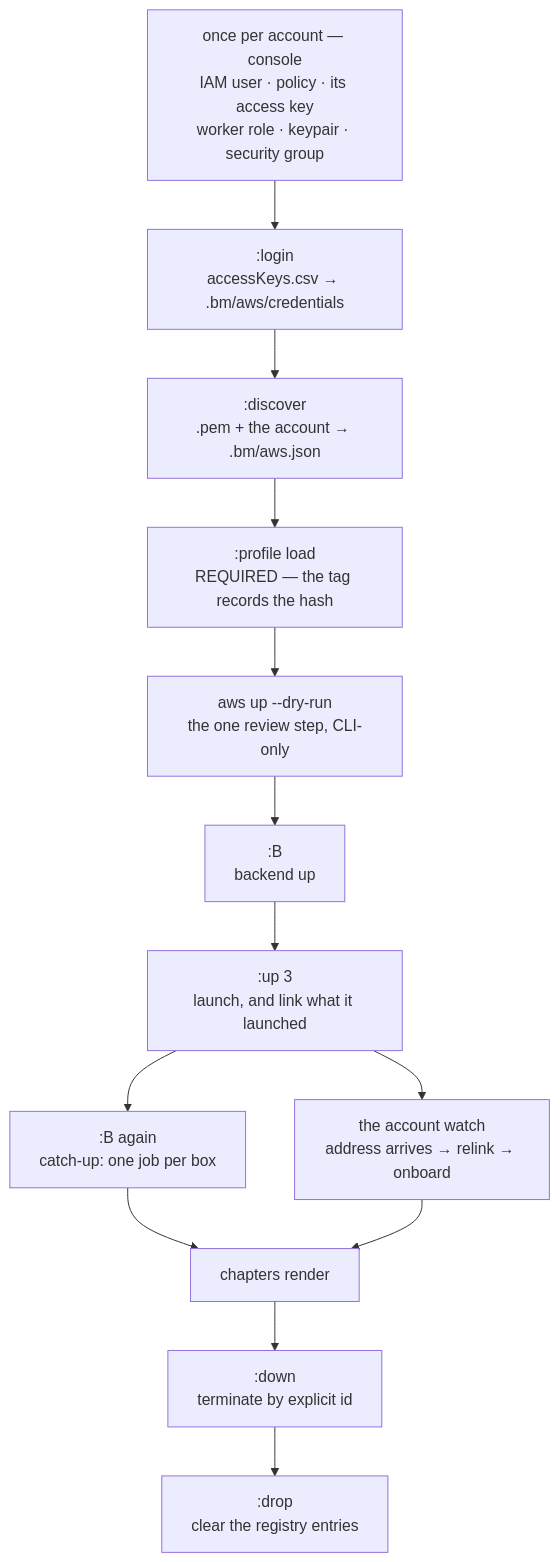
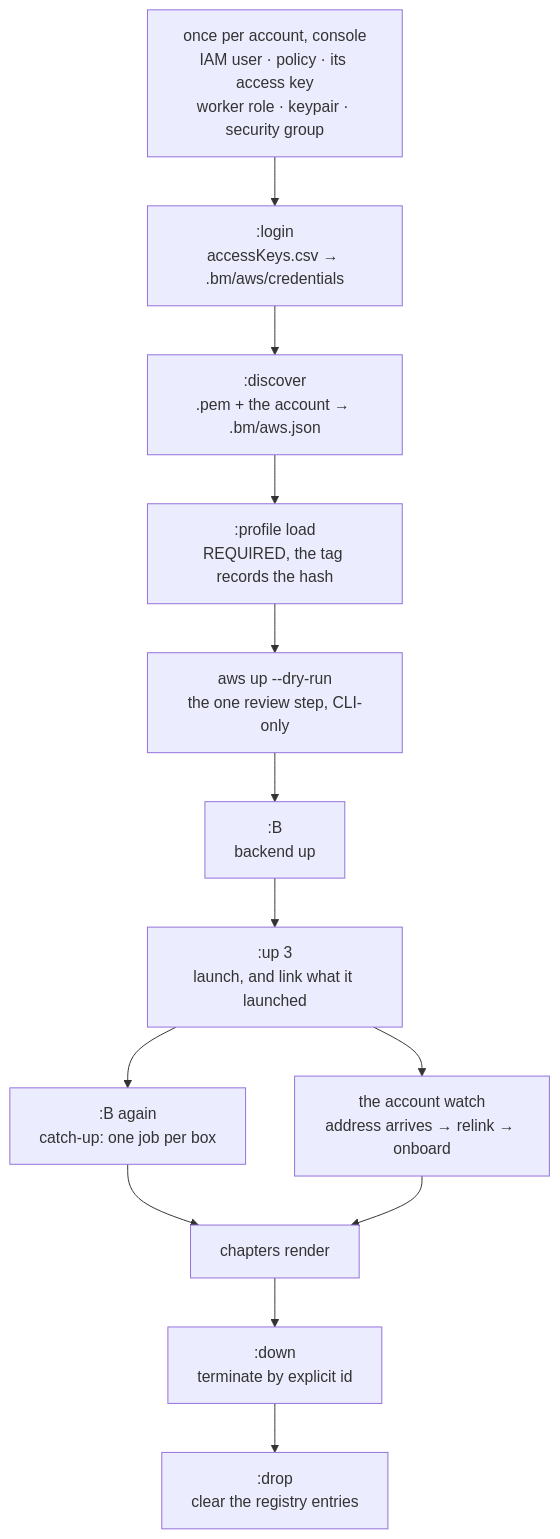
Before and after one commit to lhuthng/storycast: the diagram in docs/AWS-WORKERS.md, drawn with Mermaid. The commit also changed other lines of this file and 8 other files, not shown here.

````diff
--- a/docs/AWS-WORKERS.md
+++ b/docs/AWS-WORKERS.md
@@ -16,15 +16,15 @@
 ```mermaid
 flowchart TB
-    C["once per account — console<br/>IAM user · policy · its access key<br/>worker role · keypair · security group"] --> L[":login<br/>accessKeys.csv → .bm/aws/credentials"]
+    C["once per account, console<br/>IAM user · policy · its access key<br/>worker role · keypair · security group"] --> L[":login<br/>accessKeys.csv → .bm/aws/credentials"]
     L --> D[":discover<br/>.pem + the account → .bm/aws.json"]
-    D --> P[":profile load<br/>REQUIRED — the tag records the hash"]
+    D --> P[":profile load<br/>REQUIRED, the tag records the hash"]
     P --> DRY["aws up --dry-run<br/>the one review step, CLI-only"]
     DRY --> B1[":B<br/>backend up"]
     B1 --> UP[":up 3<br/>launch, and link what it launched"]
     UP --> WATCH["the account watch<br/>address arrives → relink → onboard"]
     UP --> B2[":B again<br/>catch-up: one job per box"]
     B2 --> RUN["chapters render"]
     WATCH --> RUN
     RUN --> DOWN[":down<br/>terminate by explicit id"]
     DOWN --> DROP[":drop<br/>clear the registry entries"]
 ```
````
